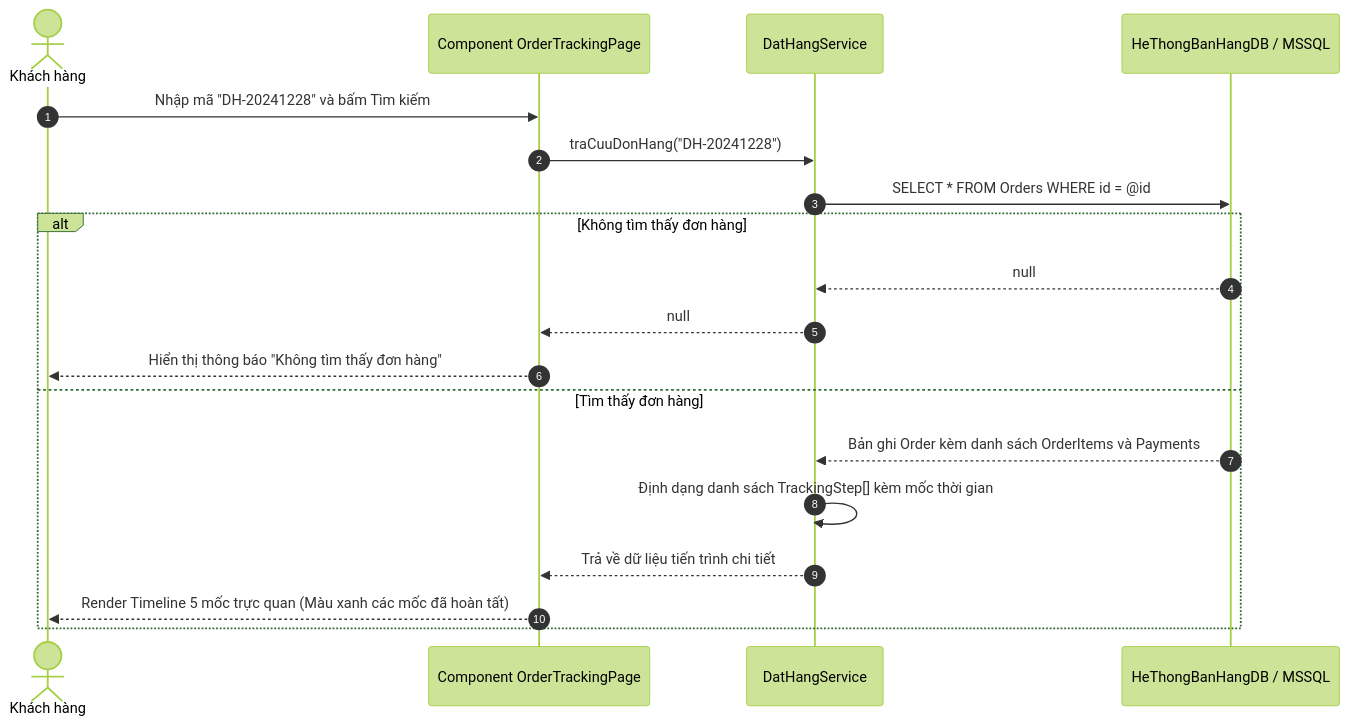
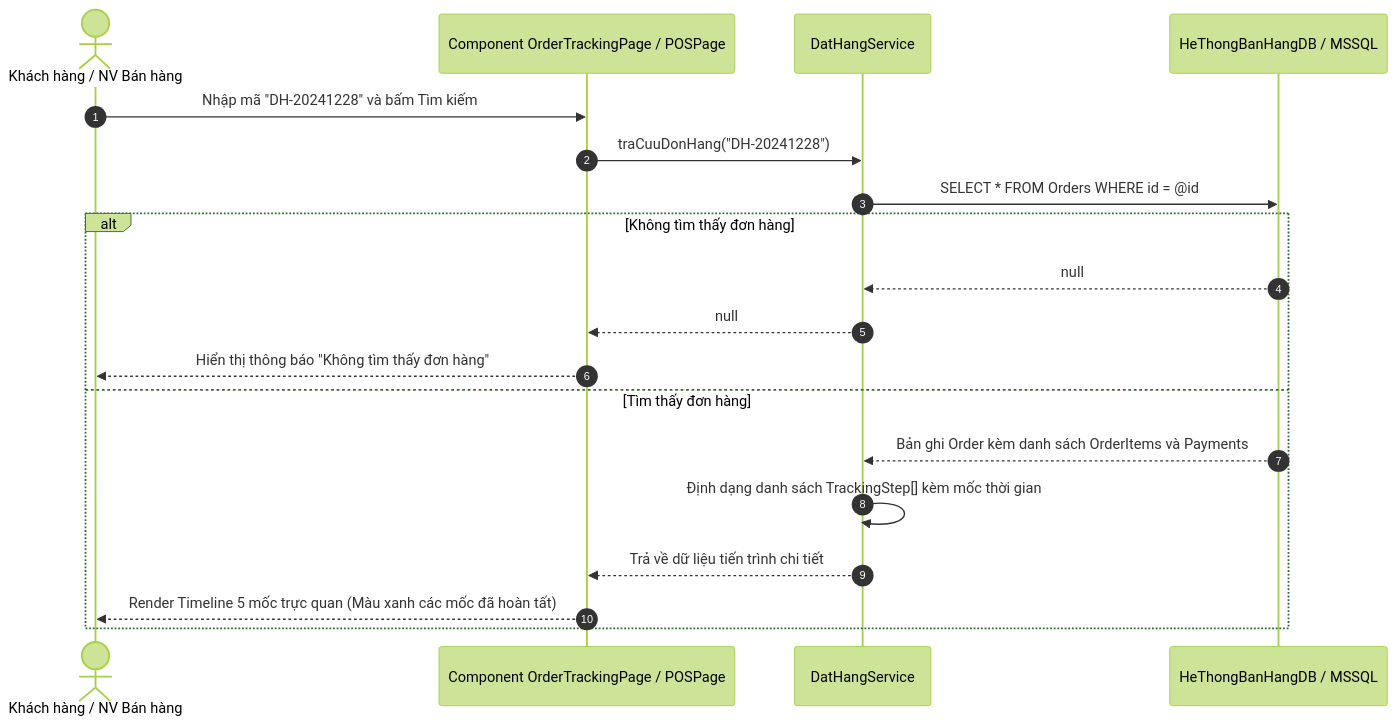
Before and after one commit to Khanhack11/-ng-d-ng-AI: diagram 13 of 20 in docs/SRS_SZSHOP_SPECIFICATION.md, drawn with Mermaid (forest theme). The commit also changed other lines of this file and 53 other files, not shown here.

````diff
--- a/docs/SRS_SZSHOP_SPECIFICATION.md
+++ b/docs/SRS_SZSHOP_SPECIFICATION.md
@@ -719,22 +717,22 @@
 ```mermaid
 sequenceDiagram
     autonumber
-    actor Customer as Khách hàng
-    participant UI as Component OrderTrackingPage
+    actor Customer as Khách hàng / NV Bán hàng
+    participant UI as Component OrderTrackingPage / POSPage
     participant Service as DatHangService
     participant DB as HeThongBanHangDB / MSSQL
 
     Customer->>UI: Nhập mã "DH-20241228" và bấm Tìm kiếm
     UI->>Service: traCuuDonHang("DH-20241228")
     Service->>DB: SELECT * FROM Orders WHERE id = @id
     alt Không tìm thấy đơn hàng
         DB-->>Service: null
         Service-->>UI: null
         UI-->>Customer: Hiển thị thông báo "Không tìm thấy đơn hàng"
     else Tìm thấy đơn hàng
         DB-->>Service: Bản ghi Order kèm danh sách OrderItems và Payments
         Service->>Service: Định dạng danh sách TrackingStep[] kèm mốc thời gian
         Service-->>UI: Trả về dữ liệu tiến trình chi tiết
         UI-->>Customer: Render Timeline 5 mốc trực quan (Màu xanh các mốc đã hoàn tất)
     end
 ```
````
